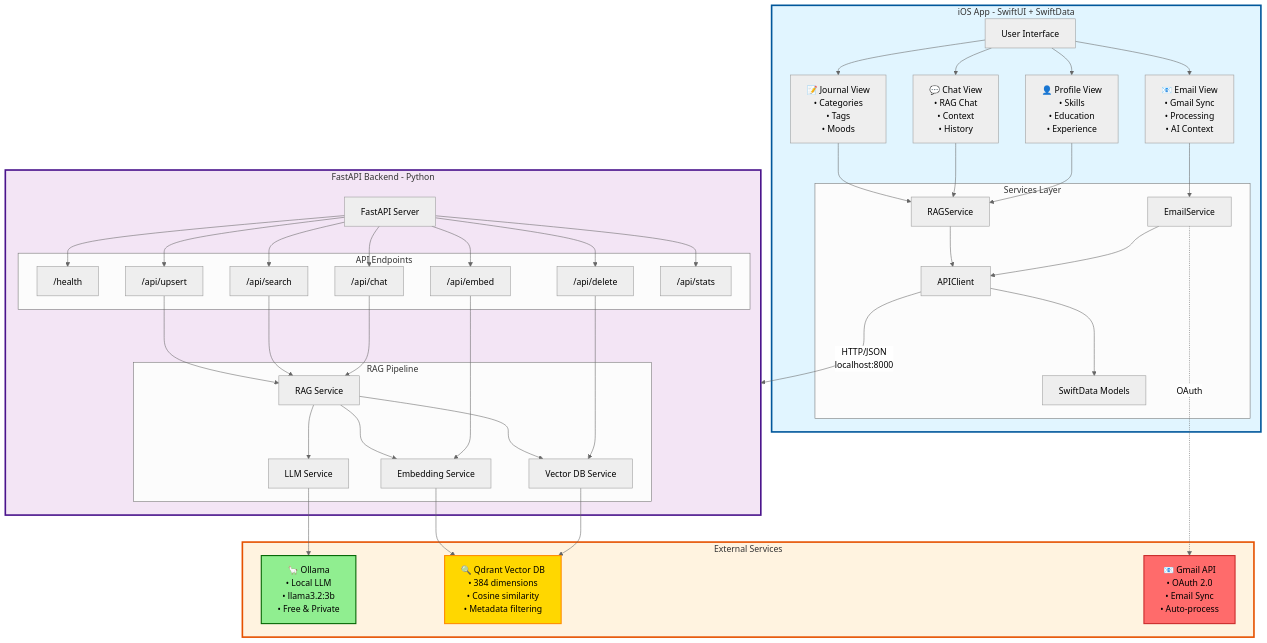
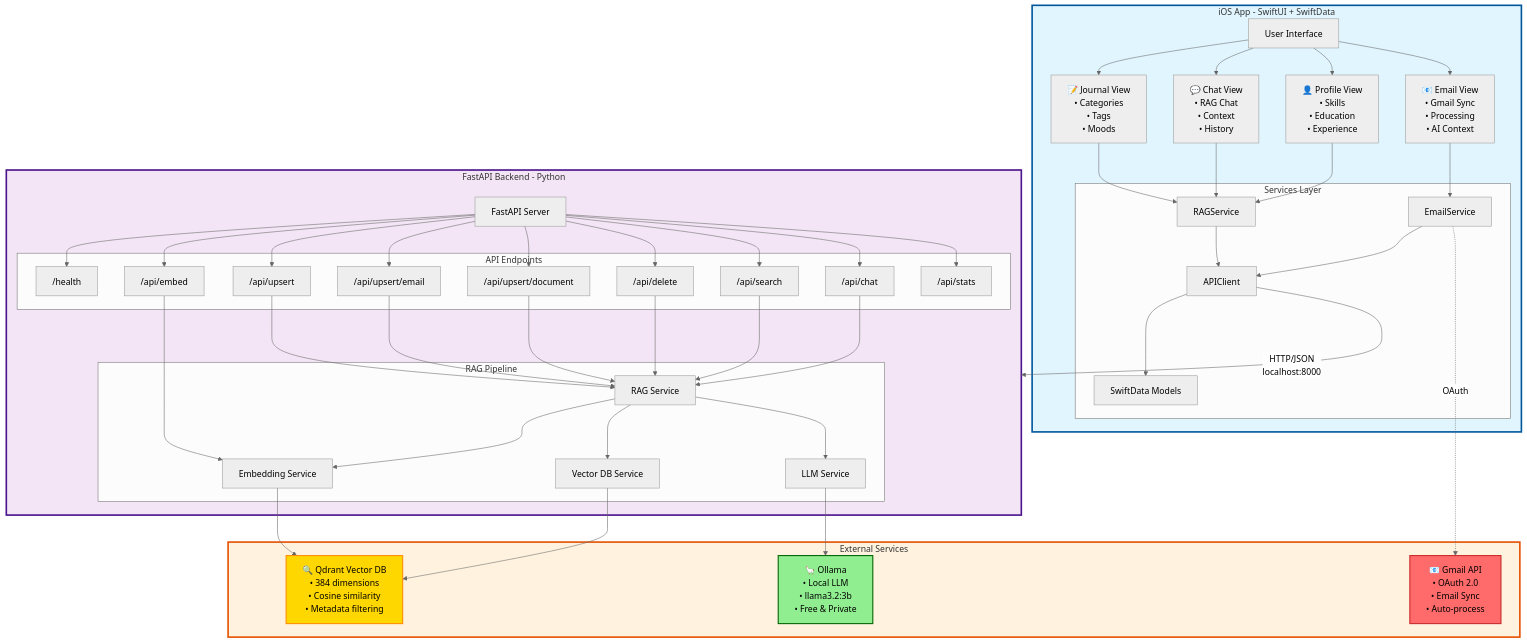
Before and after one commit to senthil-sekar/MindVault: the first of 3 diagrams in README.md, drawn with Mermaid (neutral theme). The commit also changed other lines of this file and 6 other files, not shown here.

```diff
--- a/README.md
+++ b/README.md
@@ -126,6 +126,8 @@
             Health["/health"]
             Embed["/api/embed"]
             Upsert["/api/upsert"]
+            UpsertEmail["/api/upsert/email"]
+            UpsertDoc["/api/upsert/document"]
             Delete["/api/delete"]
             Search["/api/search"]
             ChatAPI["/api/chat"]
@@ -135,6 +137,8 @@
         FastAPI --> Health
         FastAPI --> Embed
         FastAPI --> Upsert
+        FastAPI --> UpsertEmail
+        FastAPI --> UpsertDoc
         FastAPI --> Delete
         FastAPI --> Search
         FastAPI --> ChatAPI
@@ -153,7 +157,9 @@
         
         Embed --> EmbedSvc
         Upsert --> RAGSvc
-        Delete --> VectorSvc
+        UpsertEmail --> RAGSvc
+        UpsertDoc --> RAGSvc
+        Delete --> RAGSvc
         Search --> RAGSvc
         ChatAPI --> RAGSvc
     end
```
